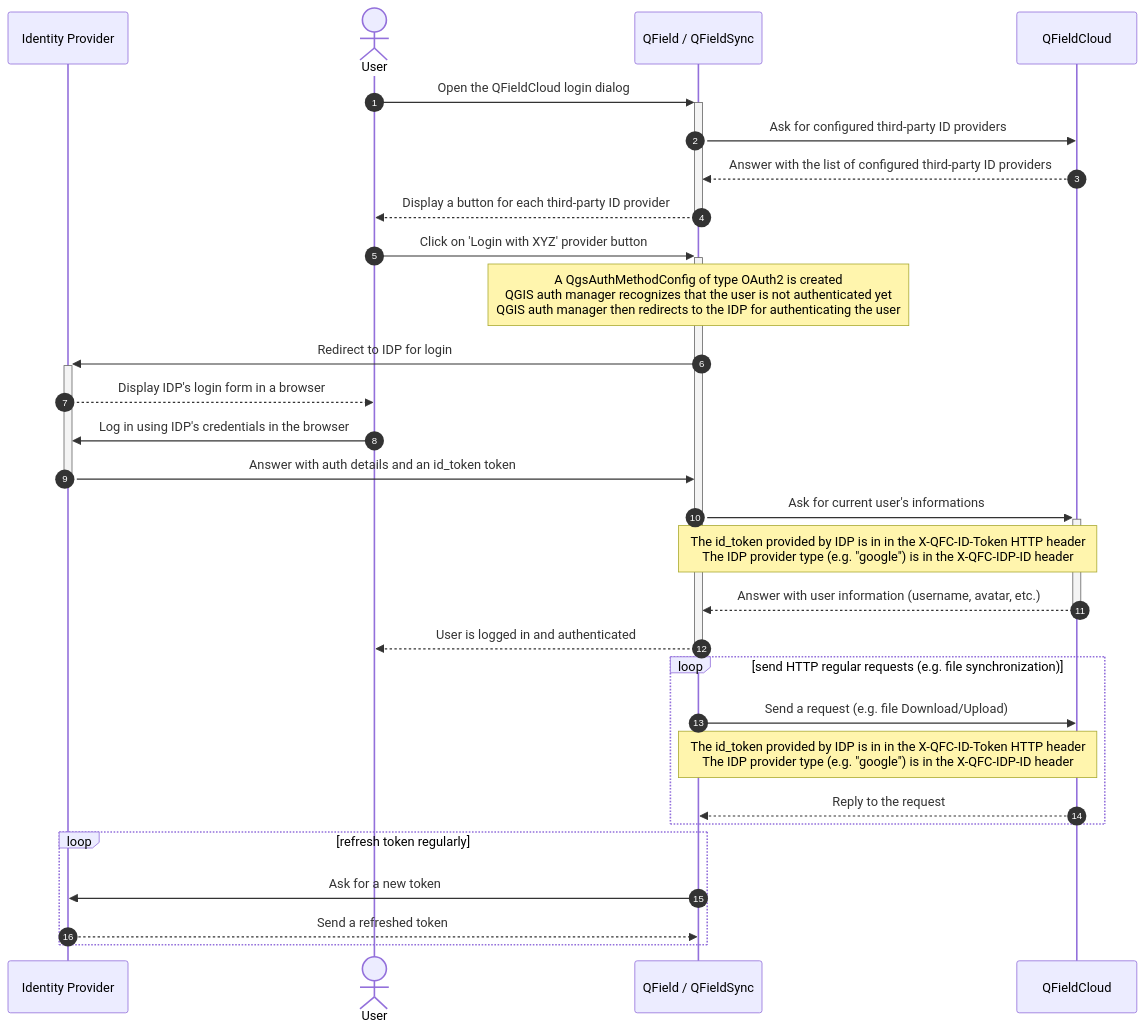
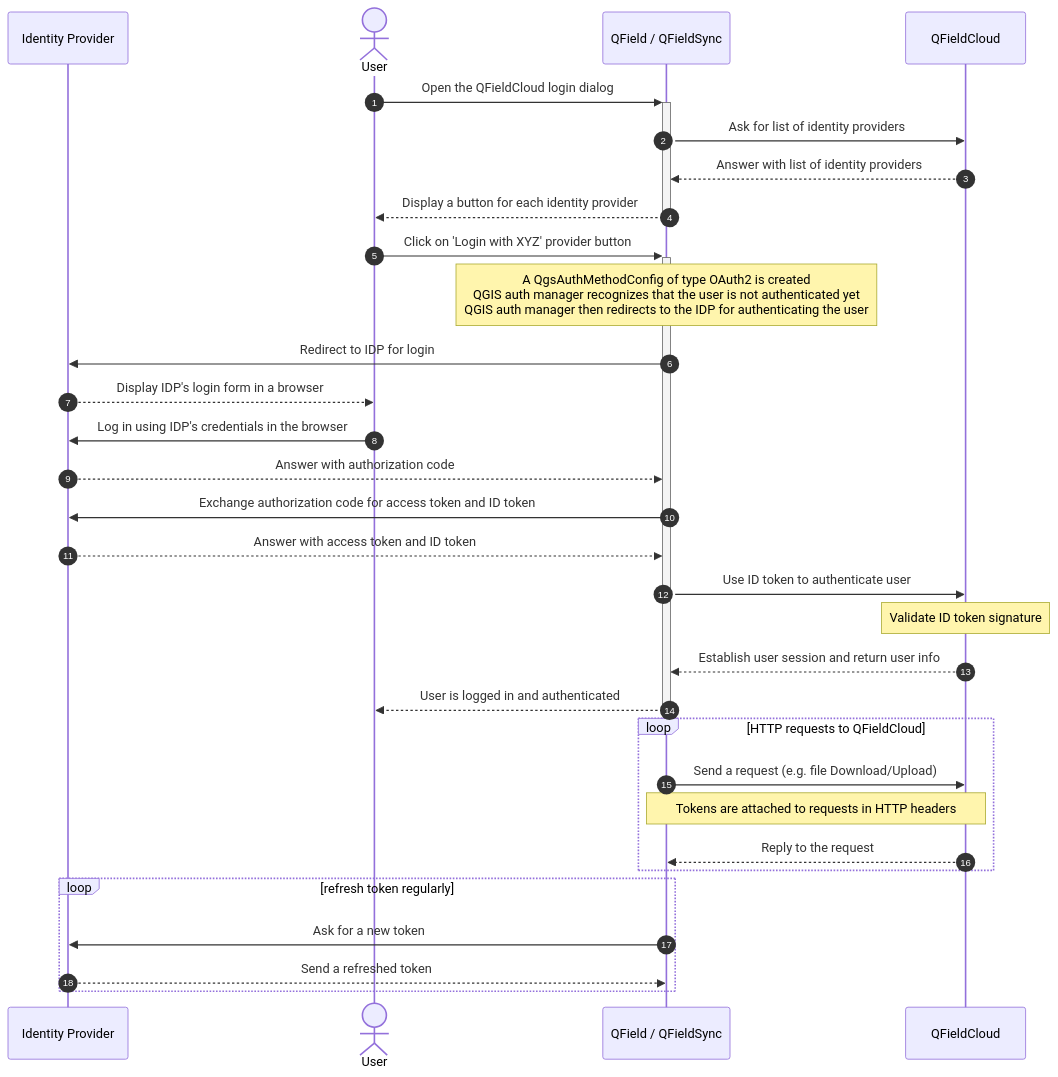
One commit to opengisch/QField-docs changed the second of 2 diagrams in documentation/reference/qfieldcloud/auth.en.md. Above: the diagram before and after it, drawn with Mermaid. The commit also changed other lines of this file, not shown here.

Commit message:
auth docs: Extend description of QField/QFieldSync OIDC flow.

````diff
--- a/documentation/reference/qfieldcloud/auth.en.md
+++ b/documentation/reference/qfieldcloud/auth.en.md
@@ -57,41 +61,44 @@
 ```mermaid
 sequenceDiagram
     autonumber
 
     participant IDP as Identity Provider
     actor User
     participant QF as QField / QFieldSync
     participant QFC as QFieldCloud
 
     User ->>+ QF: Open the QFieldCloud login dialog
 
-    QF ->> QFC: Ask for configured third-party ID providers
-    QFC -->> QF: Answer with the list of configured third-party ID providers
-    QF -->>- User: Display a button for each third-party ID provider
+    QF ->> QFC: Ask for list of identity providers
+    QFC -->> QF: Answer with list of identity providers
+    QF -->>- User: Display a button for each identity provider
 
     User ->>+ QF: Click on 'Login with XYZ' provider button
 
     Note over QF: A QgsAuthMethodConfig of type OAuth2 is created<br/>QGIS auth manager recognizes that the user is not authenticated yet<br/> QGIS auth manager then redirects to the IDP for authenticating the user
 
-    QF ->>+ IDP: Redirect to IDP for login
+    QF ->> IDP: Redirect to IDP for login
     IDP -->> User: Display IDP's login form in a browser
     User ->> IDP: Log in using IDP's credentials in the browser
-    IDP ->>- QF: Answer with auth details and an id_token token
+    IDP -->> QF: Answer with authorization code
+    QF ->> IDP: Exchange authorization code for access token and ID token
+    IDP -->> QF: Answer with access token and ID token
+    QF ->> QFC: Use ID token to authenticate user
 
-    QF ->>+ QFC: Ask for current user's informations
-    Note over QF,QFC: The id_token provided by IDP is in in the X-QFC-ID-Token HTTP header<br/>The IDP provider type (e.g. "google") is in the X-QFC-IDP-ID header
+    Note over QFC: Validate ID token signature
 
-    QFC -->>- QF: Answer with user information (username, avatar, etc.)
+    QFC -->> QF: Establish user session and return user info
+
     QF -->>- User: User is logged in and authenticated
 
-    loop send HTTP regular requests (e.g. file synchronization)
+    loop HTTP requests to QFieldCloud
         QF ->> QFC: Send a request (e.g. file Download/Upload)
-        Note over QF,QFC: The id_token provided by IDP is in in the X-QFC-ID-Token HTTP header<br/>The IDP provider type (e.g. "google") is in the X-QFC-IDP-ID header
+        Note over QF,QFC: Tokens are attached to requests in HTTP headers
         QFC -->> QF: Reply to the request
     end
 
     loop refresh token regularly
         QF ->> IDP: Ask for a new token
         IDP -->> QF: Send a refreshed token
     end
 ```
````
